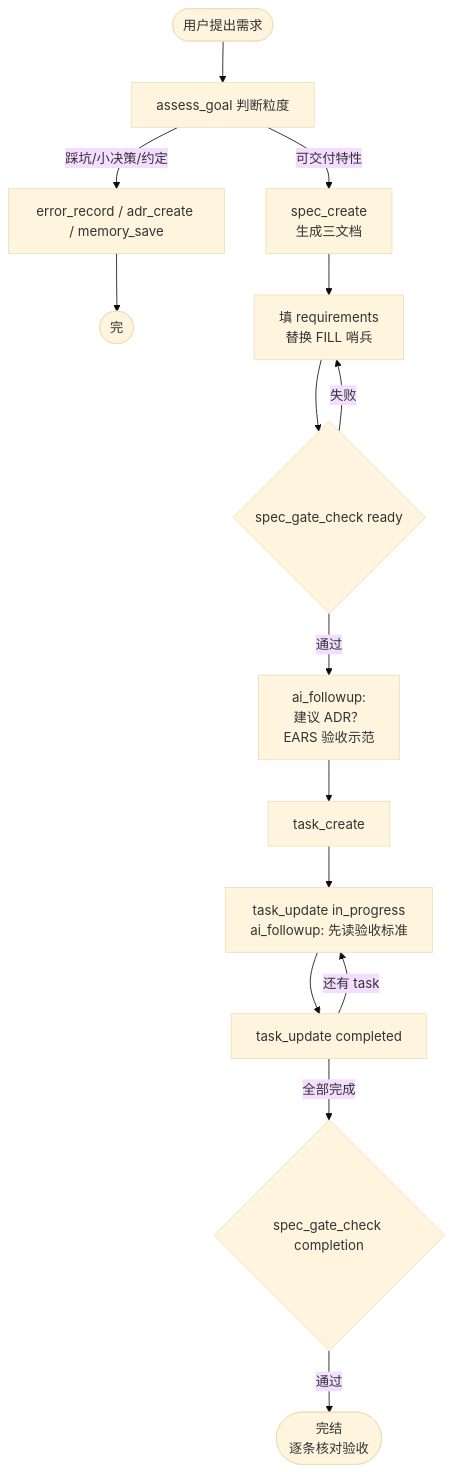
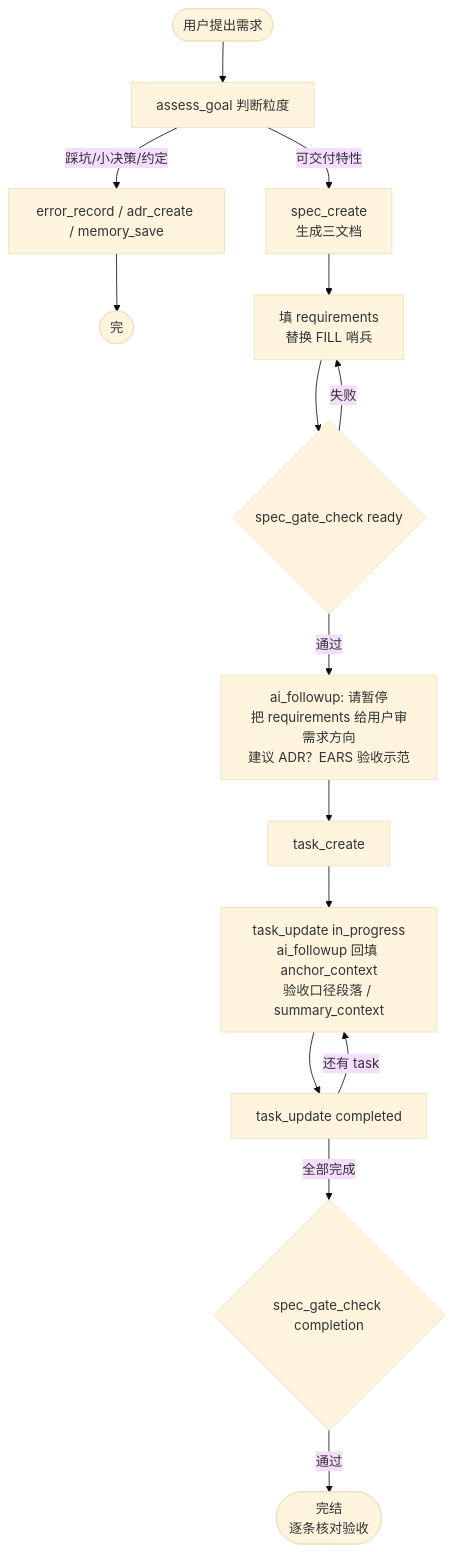
The first of 2 diagrams in README.md (LuChangQiu/lrnev-govern), drawn with Mermaid (base theme) before and after one commit. The commit also changed other lines of this file and 7 other files, not shown here.

````diff
--- a/README.md
+++ b/README.md
@@ -242,18 +246,18 @@
 ```mermaid
 flowchart TD
   Start([用户提出需求]) --> Assess[assess_goal 判断粒度]
   Assess -->|可交付特性| SpecCreate[spec_create\n生成三文档]
   Assess -->|踩坑/小决策/约定| Light[error_record / adr_create / memory_save]
   Light --> Done([完])
 
   SpecCreate --> Fill[填 requirements\n替换 FILL 哨兵]
   Fill --> ReadyGate{spec_gate_check ready}
   ReadyGate -->|失败| Fill
-  ReadyGate -->|通过| Prompt[ai_followup:\n建议 ADR？\nEARS 验收示范]
-  Prompt --> TaskCreate[task_create]
-  TaskCreate --> TaskProgress[task_update in_progress\nai_followup: 先读验收标准]
+  ReadyGate -->|通过| Review[ai_followup: 请暂停\n把 requirements 给用户审需求方向\n建议 ADR？EARS 验收示范]
+  Review --> TaskCreate[task_create]
+  TaskCreate --> TaskProgress[task_update in_progress\nai_followup 回填 anchor_context\n验收口径段落 / summary_context]
   TaskProgress --> TaskDone[task_update completed]
   TaskDone -->|还有 task| TaskProgress
   TaskDone -->|全部完成| CompletionGate{spec_gate_check completion}
   CompletionGate -->|通过| End([完结\n逐条核对验收])
 ```
````
